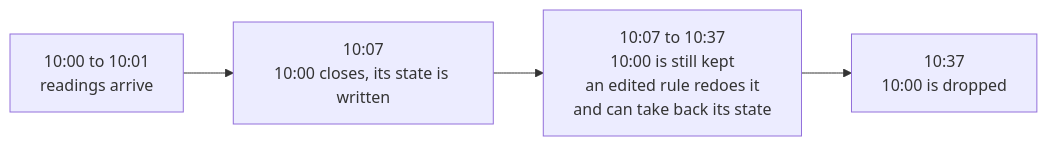
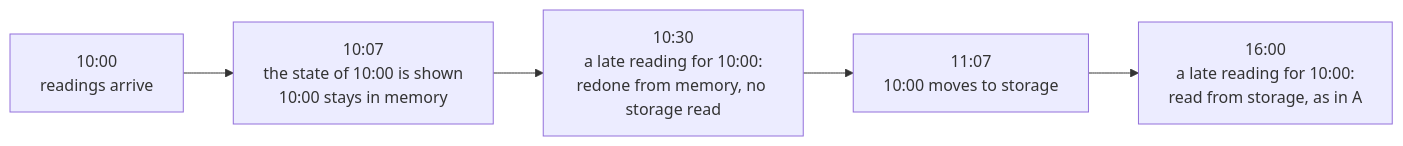
One commit to abossard/sattle changed the second of 3 diagrams in paper/research/16-fold-state-per-key.md. Above: the diagram before and after it, drawn with Mermaid. The commit also changed other lines of this file, not shown here.

````diff
--- a/paper/research/16-fold-state-per-key.md
+++ b/paper/research/16-fold-state-per-key.md
@@ -40,6 +41,7 @@
 ```mermaid
 flowchart LR
-  A["10:00 to 10:01<br/>readings arrive"] --> B["10:07<br/>10:00 closes, its state is written"]
-  B --> C["10:07 to 10:37<br/>10:00 is still kept<br/>an edited rule redoes it<br/>and can take back its state"]
-  C --> D["10:37<br/>10:00 is dropped"]
+  A["10:00<br/>readings arrive"] --> B["10:07<br/>the state of 10:00 is shown<br/>10:00 stays in memory"]
+  B --> C["10:30<br/>a late reading for 10:00:<br/>redone from memory, no storage read"]
+  C --> D["11:07<br/>10:00 moves to storage"]
+  D --> E["16:00<br/>a late reading for 10:00:<br/>read from storage, as in A"]
 ```
````
